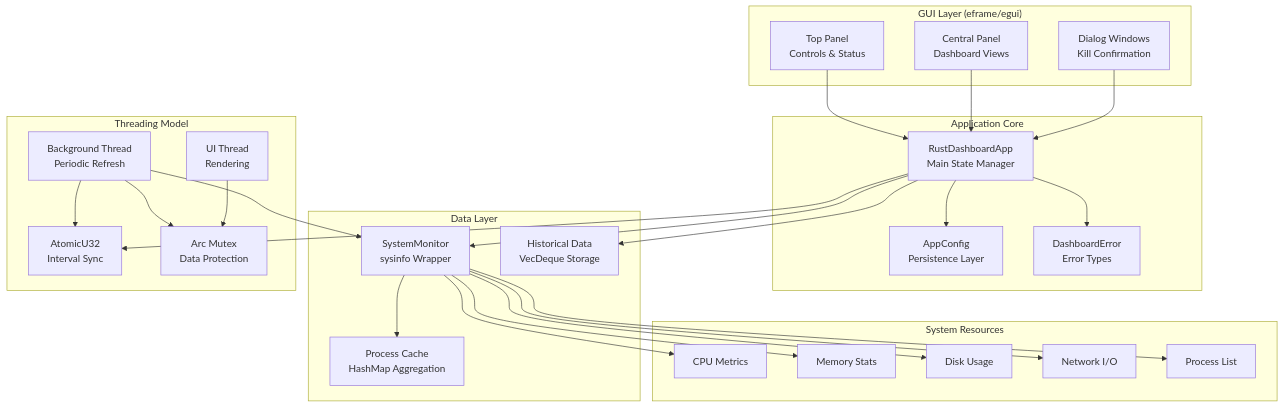
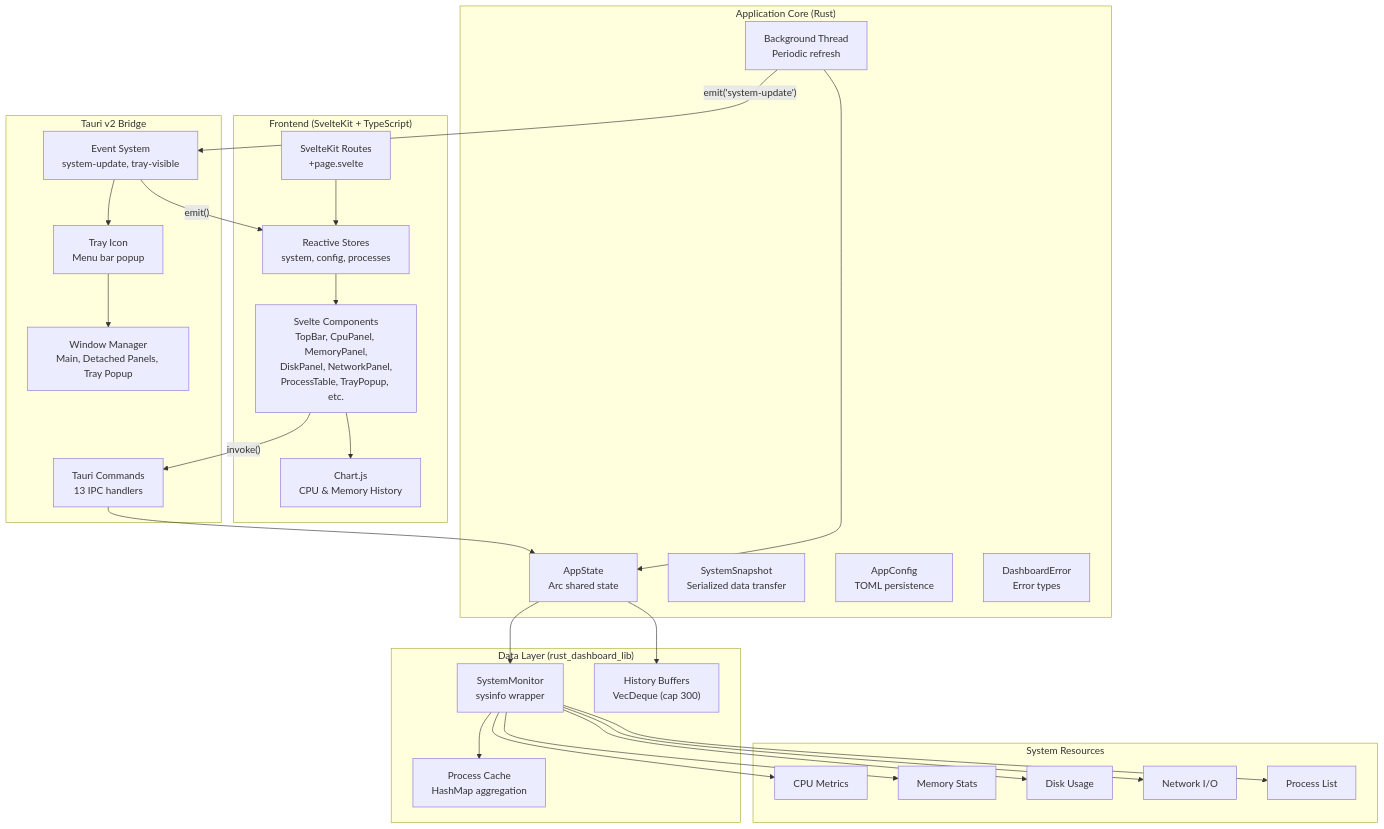
One commit to Technical-1/Rust-Dashboard changed the first of 3 diagrams in .portfolio/architecture.md. Above: the diagram before and after it, drawn with Mermaid. The commit also changed other lines of this file and 3 other files, not shown here.

First line of the commit message:
docs: update portfolio and README for Tauri v2 + SvelteKit architecture

````diff
--- a/.portfolio/architecture.md
+++ b/.portfolio/architecture.md
@@ -5,58 +5,61 @@
 ```mermaid
 flowchart TB
-    subgraph UI["GUI Layer (eframe/egui)"]
-        TP[Top Panel<br>Controls & Status]
-        CP[Central Panel<br>Dashboard Views]
-        DLG[Dialog Windows<br>Kill Confirmation]
+    subgraph UI["Frontend (SvelteKit + TypeScript)"]
+        ROUTES["SvelteKit Routes<br>+page.svelte"]
+        STORES["Reactive Stores<br>system, config, processes"]
+        COMPS["Svelte Components<br>TopBar, CpuPanel, MemoryPanel,<br>DiskPanel, NetworkPanel,<br>ProcessTable, TrayPopup, etc."]
+        CHARTS["Chart.js<br>CPU & Memory History"]
     end
 
-    subgraph APP["Application Core"]
-        RDA[RustDashboardApp<br>Main State Manager]
-        CFG[AppConfig<br>Persistence Layer]
-        ERR[DashboardError<br>Error Types]
+    subgraph TAURI["Tauri v2 Bridge"]
+        CMD["Tauri Commands<br>13 IPC handlers"]
+        EVENTS["Event System<br>system-update, tray-visible"]
+        TRAY["Tray Icon<br>Menu bar popup"]
+        WINDOWS["Window Manager<br>Main, Detached Panels, Tray Popup"]
     end
 
-    subgraph DATA["Data Layer"]
-        SM[SystemMonitor<br>sysinfo Wrapper]
-        HIST[Historical Data<br>VecDeque Storage]
-        CACHE[Process Cache<br>HashMap Aggregation]
+    subgraph APP["Application Core (Rust)"]
+        STATE["AppState<br>Arc<Mutex> shared state"]
+        BG["Background Thread<br>Periodic refresh"]
+        SNAP["SystemSnapshot<br>Serialized data transfer"]
+        CFG["AppConfig<br>TOML persistence"]
+        ERR["DashboardError<br>Error types"]
+    end
+
+    subgraph DATA["Data Layer (rust_dashboard_lib)"]
+        SM["SystemMonitor<br>sysinfo wrapper"]
+        CACHE["Process Cache<br>HashMap aggregation"]
+        HIST["History Buffers<br>VecDeque (cap 300)"]
     end
 
     subgraph SYS["System Resources"]
         CPU[CPU Metrics]
         MEM[Memory Stats]
         DISK[Disk Usage]
         NET[Network I/O]
         PROC[Process List]
     end
 
-    subgraph THREAD["Threading Model"]
-        BG[Background Thread<br>Periodic Refresh]
-        UI_T[UI Thread<br>Rendering]
-        ATOMIC[AtomicU32<br>Interval Sync]
-        MUTEX[Arc Mutex<br>Data Protection]
-    end
+    ROUTES --> STORES
+    STORES --> COMPS
+    COMPS --> CHARTS
 
-    TP --> RDA
-    CP --> RDA
-    DLG --> RDA
+    COMPS -->|"invoke()"| CMD
+    EVENTS -->|"emit()"| STORES
 
-    RDA --> SM
-    RDA --> CFG
-    RDA --> HIST
-    RDA --> ERR
+    CMD --> STATE
+    TRAY --> WINDOWS
+    EVENTS --> TRAY
+
+    STATE --> SM
+    STATE --> HIST
+    BG --> STATE
+    BG -->|"emit('system-update')"| EVENTS
 
     SM --> CPU
     SM --> MEM
     SM --> DISK
     SM --> NET
     SM --> PROC
-
     SM --> CACHE
-
-    BG --> SM
-    BG --> ATOMIC
-    BG --> MUTEX
-    UI_T --> MUTEX
-    RDA --> ATOMIC
 ```
````
